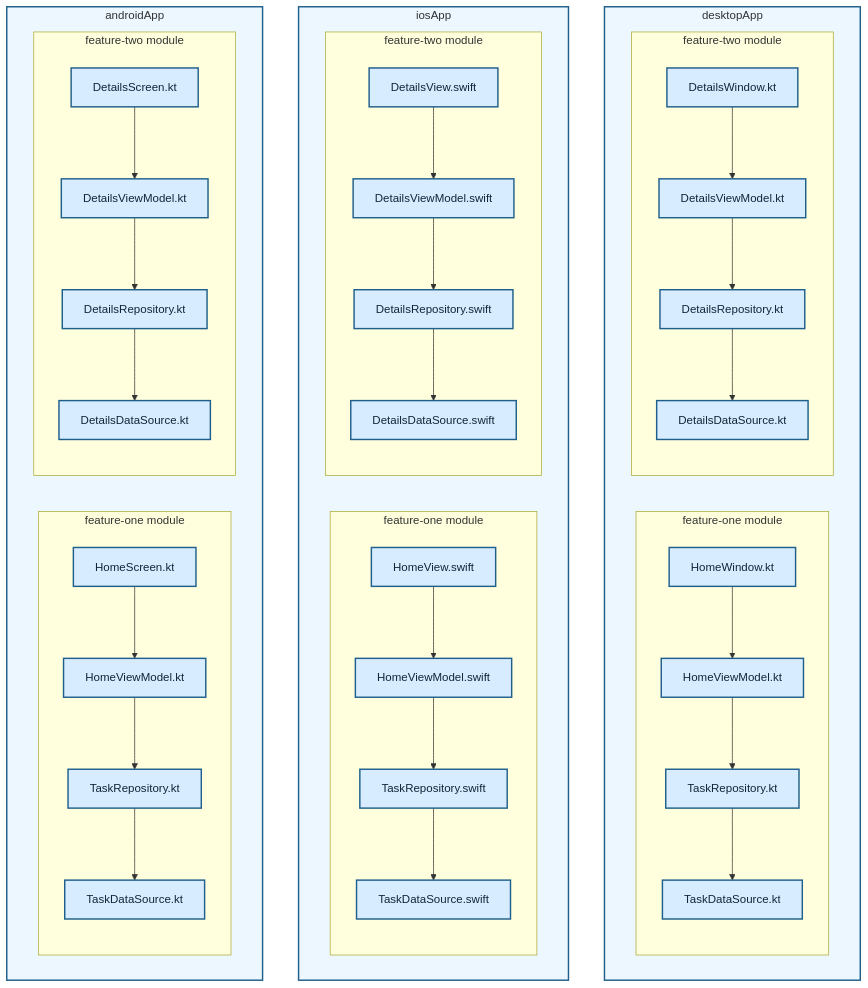
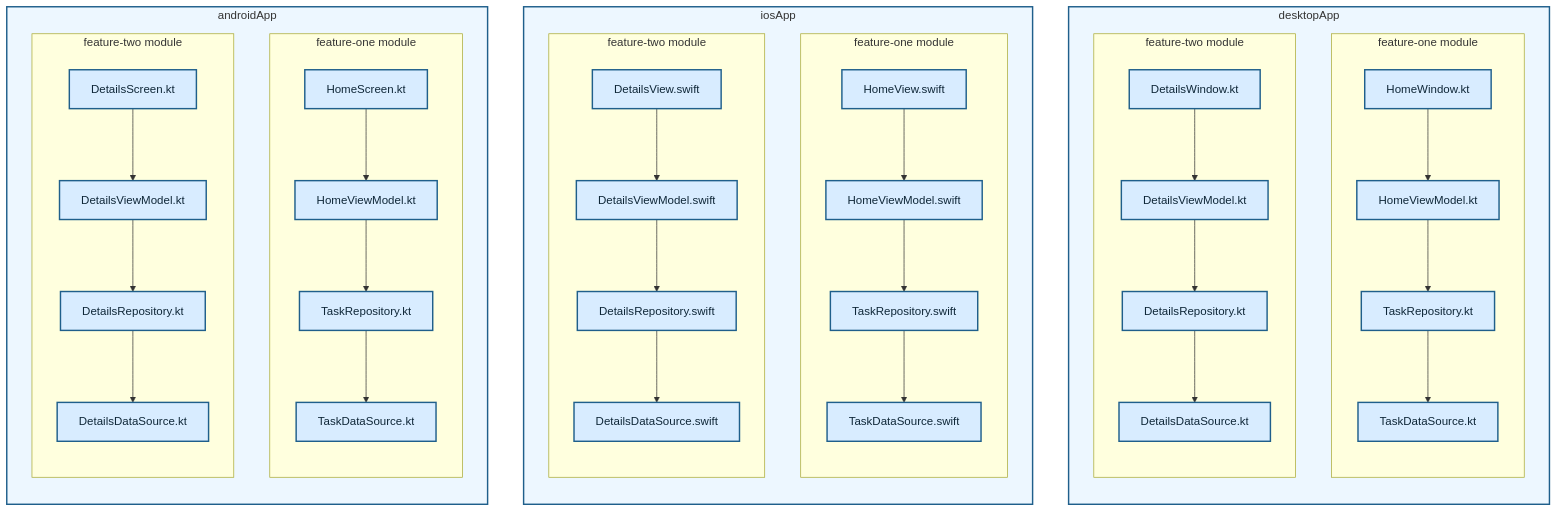
One commit to TheSetox/kmp-sample-diagrams changed the diagram in diagrams/09-modular-native.md. Above: the diagram before and after it, drawn with Mermaid. The commit also changed 87 other files, not shown here.

````diff
--- a/diagrams/09-modular-native.md
+++ b/diagrams/09-modular-native.md
@@ -5,68 +5,68 @@
 ```mermaid
 flowchart TB
   subgraph Desktop["desktopApp"]
-    direction LR
+    direction TB
     subgraph DF1["feature-one module"]
       direction TB
       DF1UI["HomeWindow.kt"]
       DF1VM["HomeViewModel.kt"]
       DF1Repo["TaskRepository.kt"]
       DF1Source["TaskDataSource.kt"]
       DF1UI --> DF1VM --> DF1Repo --> DF1Source
     end
     subgraph DF2["feature-two module"]
       direction TB
       DF2UI["DetailsWindow.kt"]
       DF2VM["DetailsViewModel.kt"]
       DF2Repo["DetailsRepository.kt"]
       DF2Source["DetailsDataSource.kt"]
       DF2UI --> DF2VM --> DF2Repo --> DF2Source
     end
   end
 
   subgraph IOS["iosApp"]
-    direction LR
+    direction TB
     subgraph IF1["feature-one module"]
       direction TB
       IF1UI["HomeView.swift"]
       IF1VM["HomeViewModel.swift"]
       IF1Repo["TaskRepository.swift"]
       IF1Source["TaskDataSource.swift"]
       IF1UI --> IF1VM --> IF1Repo --> IF1Source
     end
     subgraph IF2["feature-two module"]
       direction TB
       IF2UI["DetailsView.swift"]
       IF2VM["DetailsViewModel.swift"]
       IF2Repo["DetailsRepository.swift"]
       IF2Source["DetailsDataSource.swift"]
       IF2UI --> IF2VM --> IF2Repo --> IF2Source
     end
   end
 
   subgraph Android["androidApp"]
-    direction LR
+    direction TB
     subgraph AF1["feature-one module"]
       direction TB
       AF1UI["HomeScreen.kt"]
       AF1VM["HomeViewModel.kt"]
       AF1Repo["TaskRepository.kt"]
       AF1Source["TaskDataSource.kt"]
       AF1UI --> AF1VM --> AF1Repo --> AF1Source
     end
     subgraph AF2["feature-two module"]
       direction TB
       AF2UI["DetailsScreen.kt"]
       AF2VM["DetailsViewModel.kt"]
       AF2Repo["DetailsRepository.kt"]
       AF2Source["DetailsDataSource.kt"]
       AF2UI --> AF2VM --> AF2Repo --> AF2Source
     end
   end
 
   classDef native fill:#d8ecff,stroke:#1f5f8b,color:#0f2738,stroke-width:2px;
   class AF1UI,AF1VM,AF1Repo,AF1Source,AF2UI,AF2VM,AF2Repo,AF2Source,IF1UI,IF1VM,IF1Repo,IF1Source,IF2UI,IF2VM,IF2Repo,IF2Source,DF1UI,DF1VM,DF1Repo,DF1Source,DF2UI,DF2VM,DF2Repo,DF2Source native;
   style Android fill:#edf7ff,stroke:#1f5f8b,stroke-width:2px
   style IOS fill:#edf7ff,stroke:#1f5f8b,stroke-width:2px
   style Desktop fill:#edf7ff,stroke:#1f5f8b,stroke-width:2px
 ```
````
